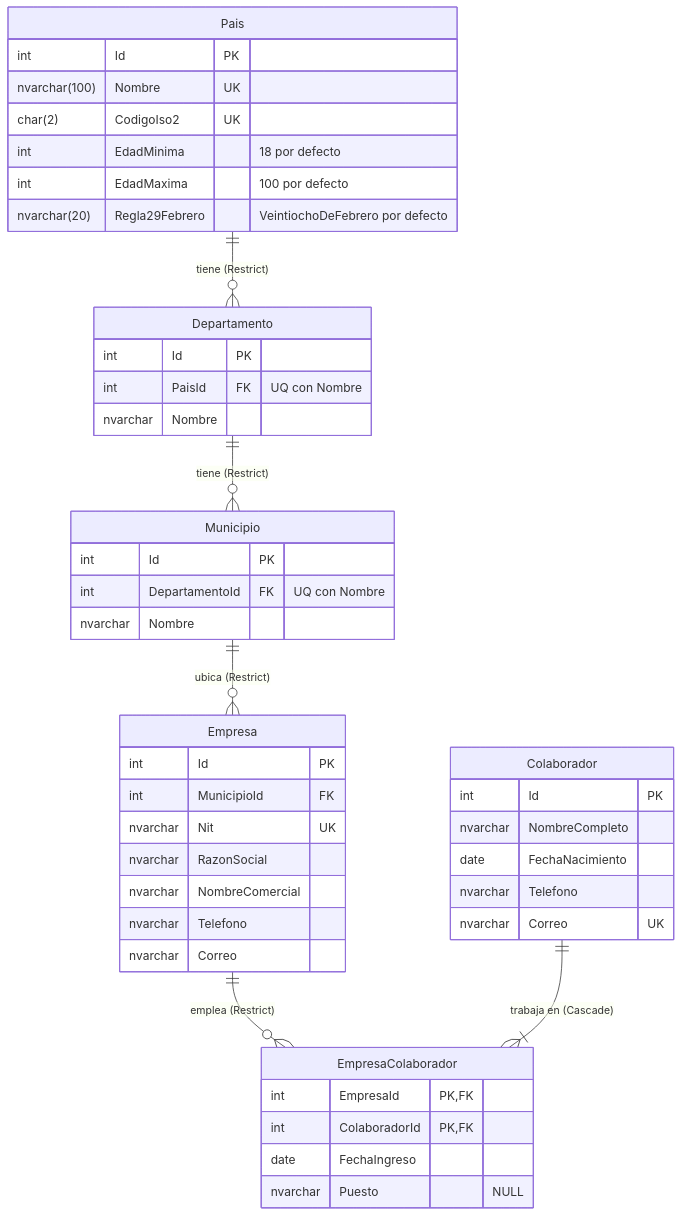
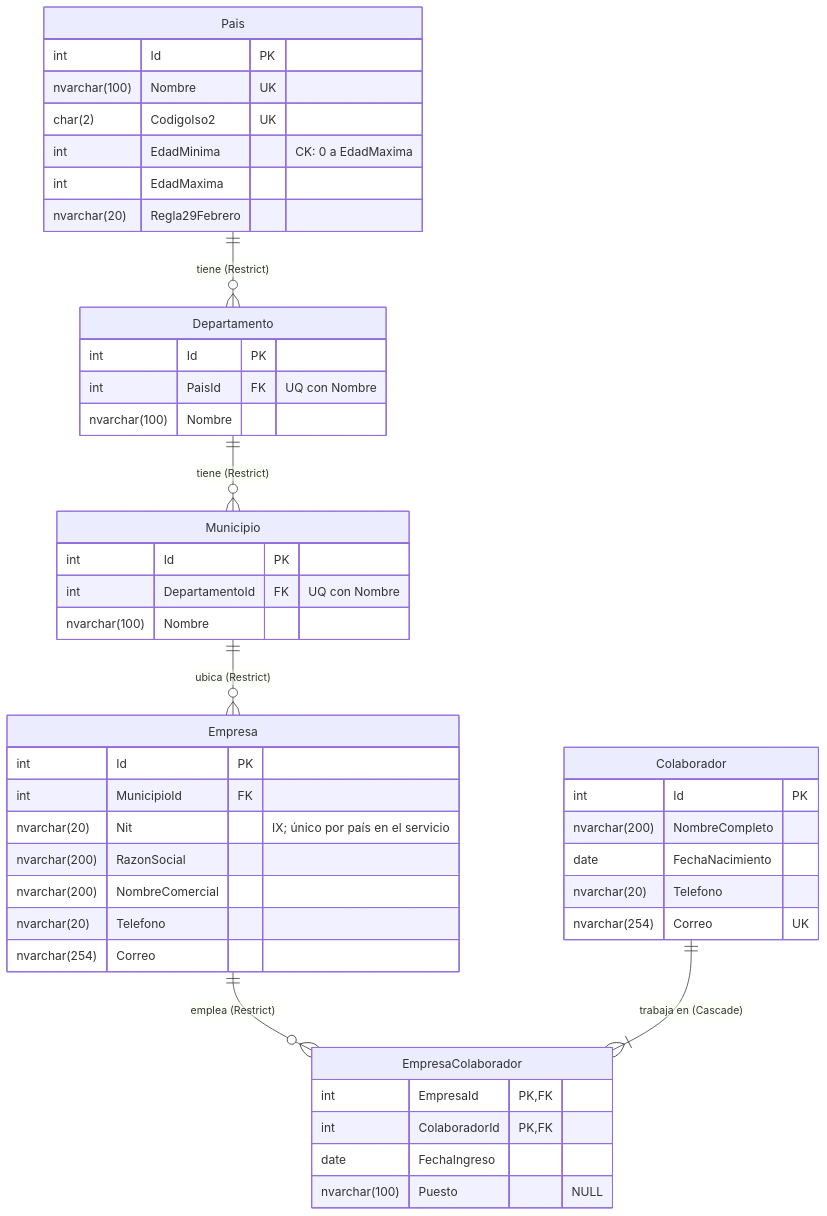
The diagram in docs/PLAN.md (Yuhaliran/gestor-rrhh), drawn with Mermaid before and after one commit. The commit also changed other lines of this file and 4 other files, not shown here.

First line of the commit message:
docs(datos): largos, NIT por país y orden de las tareas 5 y 7

````diff
--- a/docs/PLAN.md
+++ b/docs/PLAN.md
@@ -56,49 +64,49 @@
 ```mermaid
 erDiagram
     Pais ||--o{ Departamento : "tiene (Restrict)"
     Departamento ||--o{ Municipio : "tiene (Restrict)"
     Municipio ||--o{ Empresa : "ubica (Restrict)"
     Empresa ||--o{ EmpresaColaborador : "emplea (Restrict)"
     Colaborador ||--|{ EmpresaColaborador : "trabaja en (Cascade)"
 
     Pais {
         int Id PK
         nvarchar(100) Nombre UK
         char(2) CodigoIso2 UK
-        int EdadMinima "18 por defecto"
-        int EdadMaxima "100 por defecto"
-        nvarchar(20) Regla29Febrero "VeintiochoDeFebrero por defecto"
+        int EdadMinima "CK: 0 a EdadMaxima"
+        int EdadMaxima
+        nvarchar(20) Regla29Febrero
     }
     Departamento {
         int Id PK
         int PaisId FK "UQ con Nombre"
-        nvarchar Nombre
+        nvarchar(100) Nombre
     }
     Municipio {
         int Id PK
         int DepartamentoId FK "UQ con Nombre"
-        nvarchar Nombre
+        nvarchar(100) Nombre
     }
     Empresa {
         int Id PK
         int MunicipioId FK
-        nvarchar Nit UK
-        nvarchar RazonSocial
-        nvarchar NombreComercial
-        nvarchar Telefono
-        nvarchar Correo
+        nvarchar(20) Nit "IX; único por país en el servicio"
+        nvarchar(200) RazonSocial
+        nvarchar(200) NombreComercial
+        nvarchar(20) Telefono
+        nvarchar(254) Correo
     }
     Colaborador {
         int Id PK
-        nvarchar NombreCompleto
+        nvarchar(200) NombreCompleto
         date FechaNacimiento
-        nvarchar Telefono
-        nvarchar Correo UK
+        nvarchar(20) Telefono
+        nvarchar(254) Correo UK
     }
     EmpresaColaborador {
         int EmpresaId PK,FK
         int ColaboradorId PK,FK
         date FechaIngreso
-        nvarchar Puesto "NULL"
+        nvarchar(100) Puesto "NULL"
     }
 ```
````
